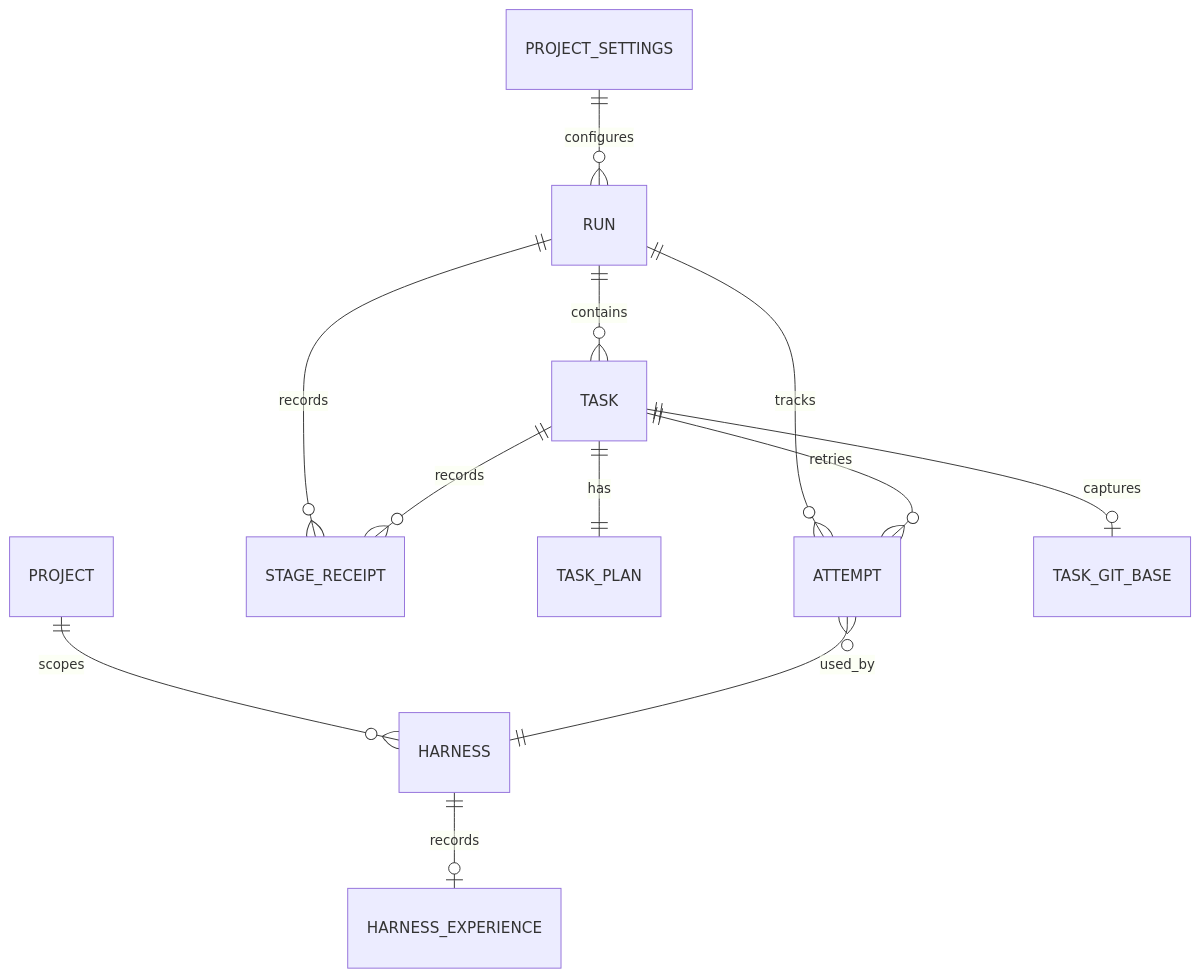
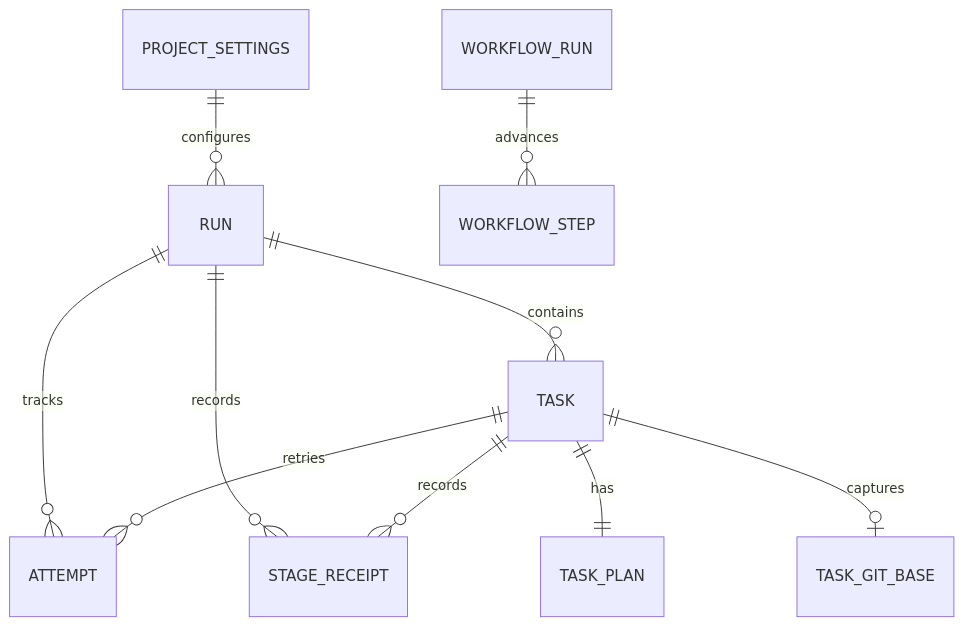
One commit to VKirill/bb-plugin-lane-pilot changed the diagram in docs/data-model/orchestration.md. Above: the diagram before and after it, drawn with Mermaid. The commit also changed other lines of this file and 4392 other files, not shown here.

First line of the commit message:
feat: pause, prune, one scheduler, one architecture (0.1.610)

````diff
--- a/docs/data-model/orchestration.md
+++ b/docs/data-model/orchestration.md
@@ -30,14 +29,12 @@
 ```mermaid
 erDiagram
   PROJECT_SETTINGS ||--o{ RUN : configures
   RUN ||--o{ TASK : contains
   RUN ||--o{ ATTEMPT : tracks
   TASK ||--o{ ATTEMPT : retries
   RUN ||--o{ STAGE_RECEIPT : records
   TASK ||--o{ STAGE_RECEIPT : records
   TASK ||--|| TASK_PLAN : has
-  PROJECT ||--o{ HARNESS : scopes
-  HARNESS ||--o| HARNESS_EXPERIENCE : records
-  ATTEMPT }o--|| HARNESS : used_by
   TASK ||--o| TASK_GIT_BASE : captures
+  WORKFLOW_RUN ||--o{ WORKFLOW_STEP : advances
 ```
````
